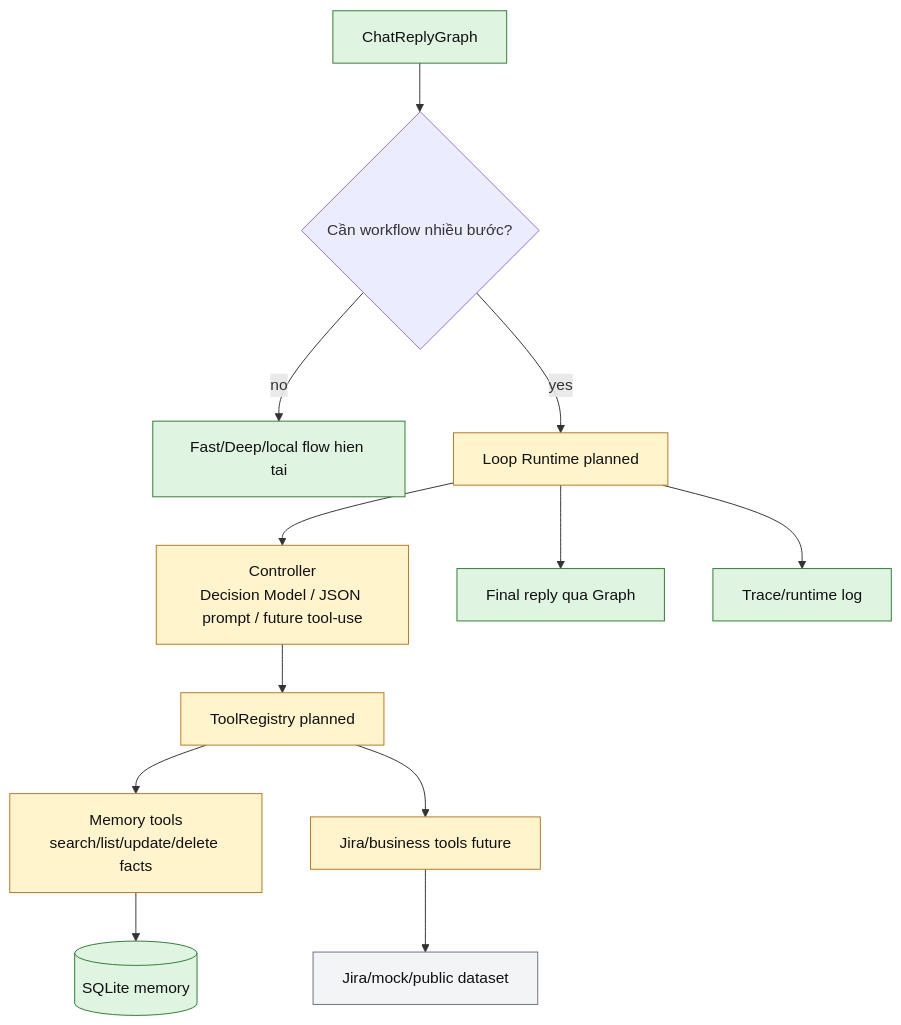
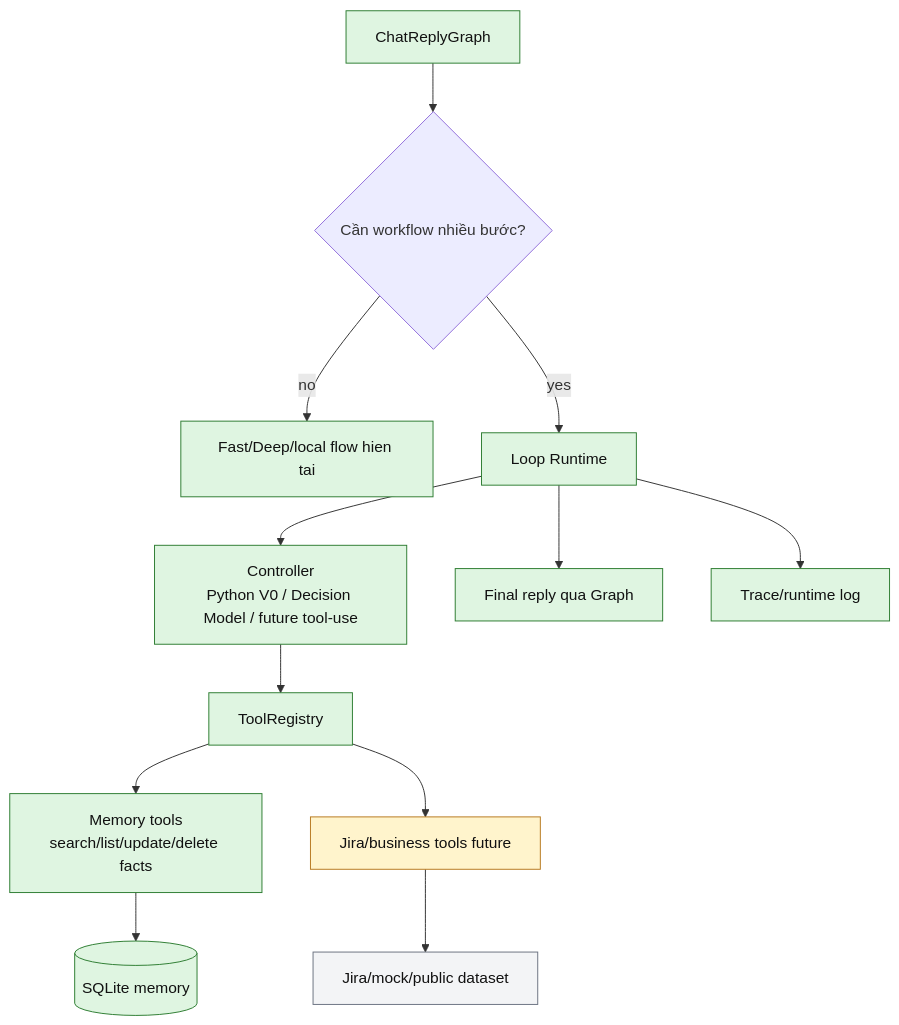
Before and after one commit to LuongAnh1/Niko_Agent: the seventh of 8 diagrams in docs/memory/chat-memory-architecture-flow.md, drawn with Mermaid. The commit also changed other lines of this file and 10 other files, not shown here.

````diff
--- a/docs/memory/chat-memory-architecture-flow.md
+++ b/docs/memory/chat-memory-architecture-flow.md
@@ -288,22 +304,22 @@
 ```mermaid
 flowchart TB
     Graph[ChatReplyGraph] --> NeedTool{Cần workflow nhiều bước?}
     NeedTool -->|no| Normal[Fast/Deep/local flow hien tai]
-    NeedTool -->|yes| Loop[Loop Runtime planned]
-    Loop --> Controller[Controller<br/>Decision Model / JSON prompt / future tool-use]
-    Controller --> Registry[ToolRegistry planned]
+    NeedTool -->|yes| Loop[Loop Runtime]
+    Loop --> Controller[Controller<br/>Python V0 / Decision Model / future tool-use]
+    Controller --> Registry[ToolRegistry]
     Registry --> MemoryTools[Memory tools<br/>search/list/update/delete facts]
     Registry --> JiraTools[Jira/business tools future]
     MemoryTools --> Store[(SQLite memory)]
     JiraTools --> External[Jira/mock/public dataset]
     Loop --> Final[Final reply qua Graph]
     Loop --> Trace[Trace/runtime log]
 
     classDef done fill:#dff5e1,stroke:#2e7d32,color:#111;
     classDef planned fill:#fff4cc,stroke:#b7791f,color:#111;
     classDef boundary fill:#f3f4f6,stroke:#6b7280,color:#111;
 
-    class Graph,Normal,Store,Final,Trace done;
-    class Loop,Controller,Registry,MemoryTools,JiraTools planned;
+    class Graph,Normal,Loop,Controller,Registry,MemoryTools,Store,Final,Trace done;
+    class JiraTools planned;
     class External boundary;
 ```
````
